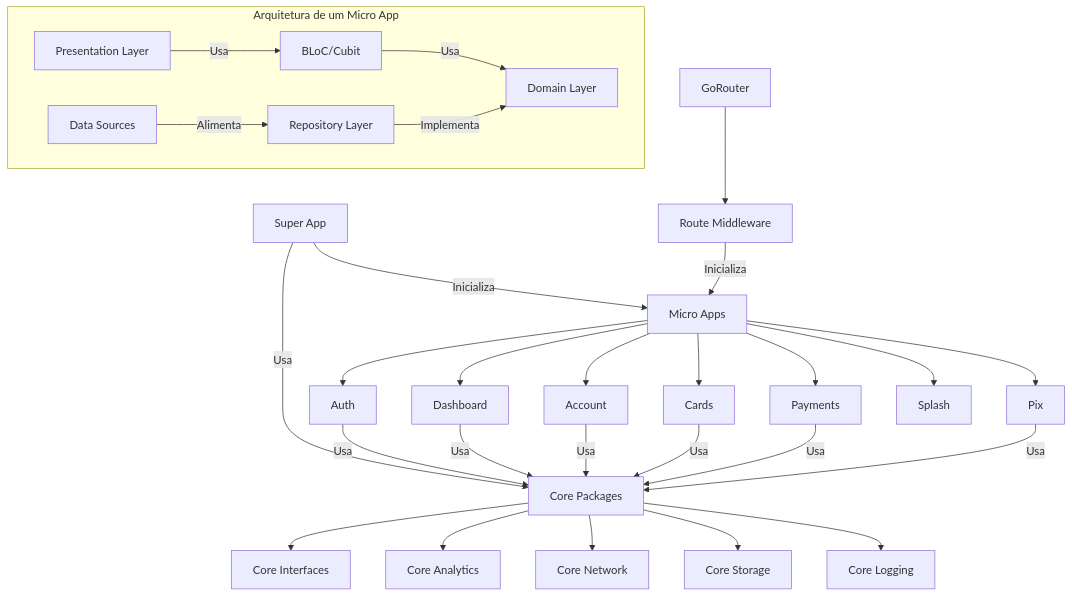
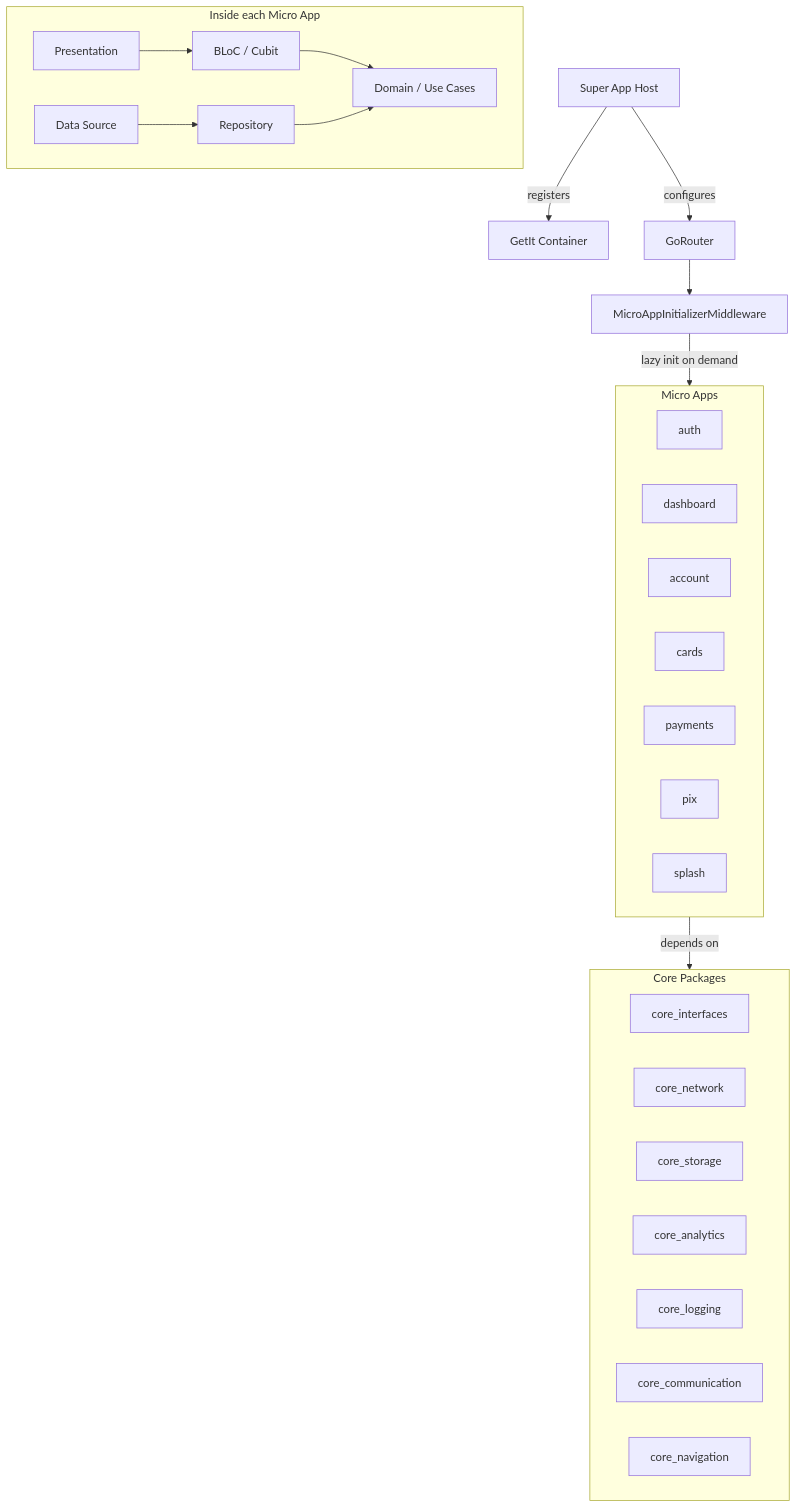
One commit to cristianoaredes/super-app-flutter-sample changed the diagram in README.md. Above: the diagram before and after it, drawn with Mermaid. The commit also changed other lines of this file, not shown here.

````diff
--- a/README.md
+++ b/README.md
@@ -123,36 +76,36 @@
 ```mermaid
 graph TD
-    SuperApp[Super App] --> |Inicializa| MicroApps[Micro Apps]
-    SuperApp --> |Usa| Core[Core Packages]
+    SuperApp[Super App Host] --> |registers| DI[GetIt Container]
+    SuperApp --> |configures| Router[GoRouter]
 
-    Router[GoRouter] --> Middleware[Route Middleware]
-    Middleware --> |Inicializa| MicroApps
+    Router --> Middleware[MicroAppInitializerMiddleware]
+    Middleware --> |lazy init on demand| MicroApps
 
-    MicroApps --> Auth[Auth]
-    MicroApps --> Dashboard[Dashboard]
-    MicroApps --> Account[Account]
-    MicroApps --> Cards[Cards]
-    MicroApps --> Payments[Payments]
-    MicroApps --> Pix[Pix]
-    MicroApps --> Splash[Splash]
-
-    subgraph "Arquitetura de um Micro App"
-        UI[Presentation Layer] --> |Usa| Bloc[BLoC/Cubit]
-        Bloc --> |Usa| Domain[Domain Layer]
-        Repositories[Repository Layer] --> |Implementa| Domain
-        DataSources[Data Sources] --> |Alimenta| Repositories
+    subgraph MicroApps[Micro Apps]
+        Auth[auth]
+        Dashboard[dashboard]
+        Account[account]
+        Cards[cards]
+        Payments[payments]
+        Pix[pix]
+        Splash[splash]
     end
 
-    Auth --> |Usa| Core
-    Dashboard --> |Usa| Core
-    Account --> |Usa| Core
-    Cards --> |Usa| Core
-    Payments --> |Usa| Core
-    Pix --> |Usa| Core
+    subgraph "Inside each Micro App"
+        UI[Presentation] --> BLoC[BLoC / Cubit]
+        BLoC --> Domain[Domain / Use Cases]
+        Repo[Repository] --> Domain
+        DS[Data Source] --> Repo
+    end
 
-    Core --> CoreInterfaces[Core Interfaces]
-    Core --> CoreAnalytics[Core Analytics]
-    Core --> CoreNetwork[Core Network]
-    Core --> CoreStorage[Core Storage]
-    Core --> CoreLogging[Core Logging]
+    MicroApps --> |depends on| Core
+    subgraph Core[Core Packages]
+        CoreInterfaces[core_interfaces]
+        CoreNetwork[core_network]
+        CoreStorage[core_storage]
+        CoreAnalytics[core_analytics]
+        CoreLogging[core_logging]
+        CoreComm[core_communication]
+        CoreNav[core_navigation]
+    end
 ```
````
